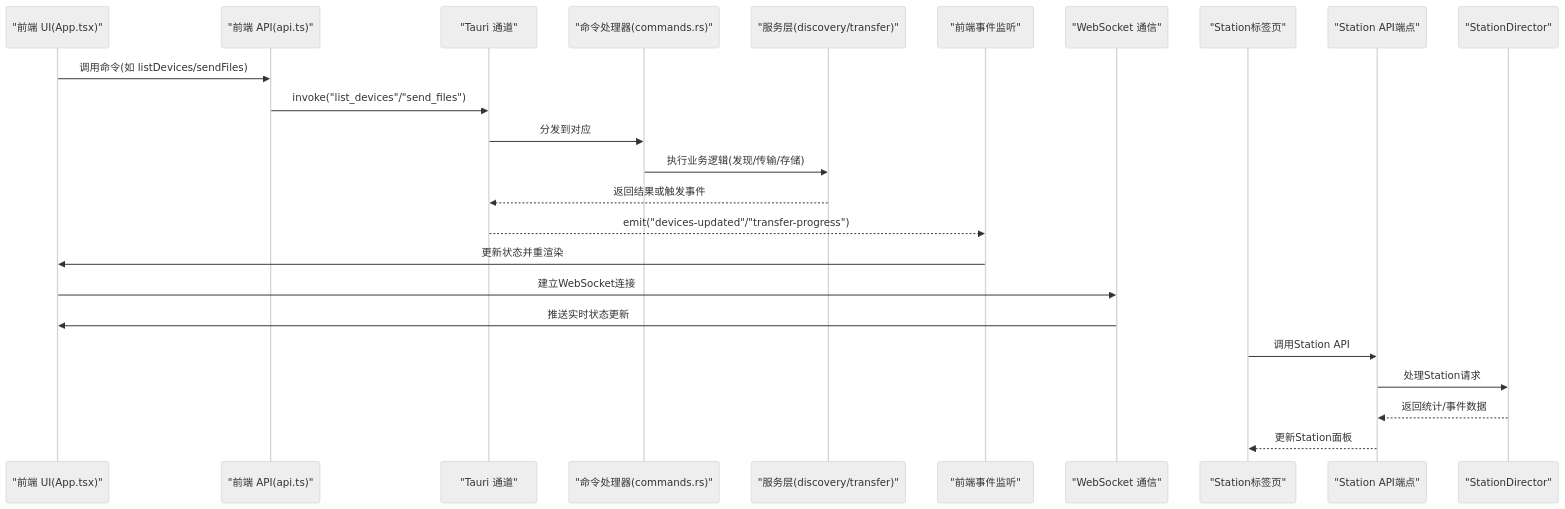
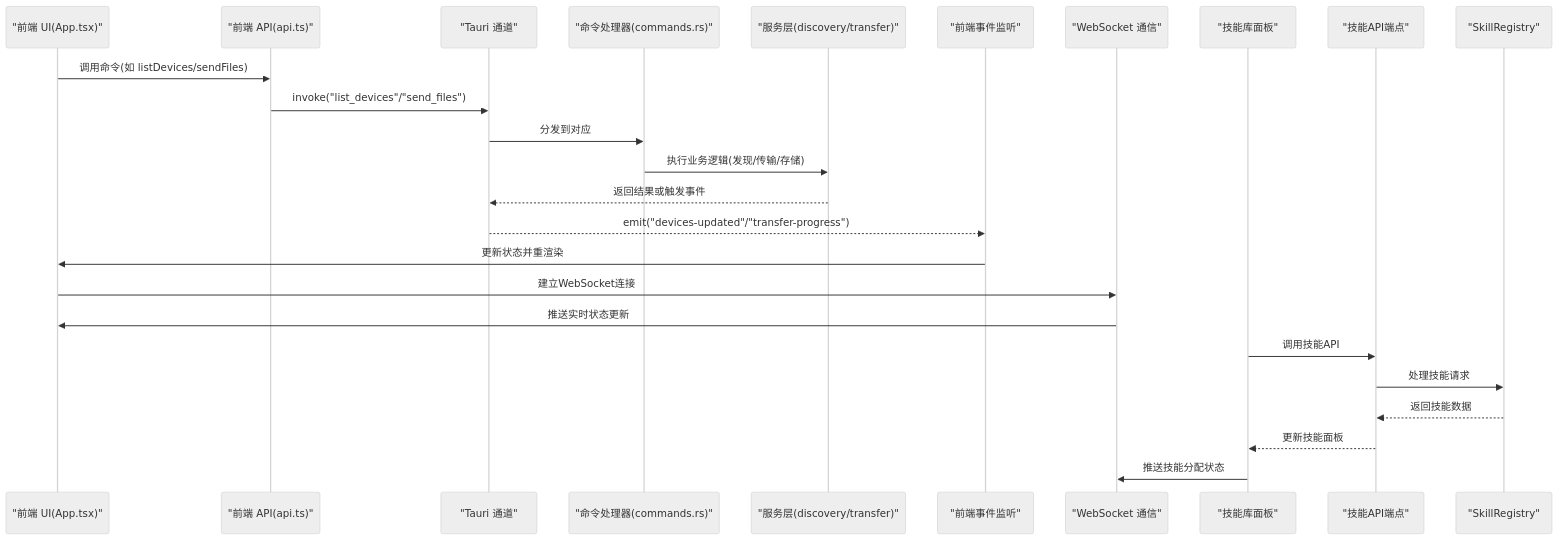
The second of 5 diagrams in .qoder/repowiki/zh/content/前端应用架构/前端应用架构.md (targalian/Personal-distributed-workstation), drawn with Mermaid (neutral theme) before and after one commit. The commit also changed other lines of this file and 92 other files, not shown here.

````diff
--- a/.qoder/repowiki/zh/content/前端应用架构/前端应用架构.md
+++ b/.qoder/repowiki/zh/content/前端应用架构/前端应用架构.md
@@ -185,26 +197,27 @@
 ```mermaid
 sequenceDiagram
 participant UI as "前端 UI(App.tsx)"
 participant API as "前端 API(api.ts)"
 participant Tauri as "Tauri 通道"
 participant Cmd as "命令处理器(commands.rs)"
 participant Svc as "服务层(discovery/transfer)"
 participant FEvt as "前端事件监听"
 participant WS as "WebSocket 通信"
-participant StationUI as "Station标签页"
-participant StationAPI as "Station API端点"
-participant StationDirector as "StationDirector"
+participant SkillsPanel as "技能库面板"
+participant SkillsAPI as "技能API端点"
+participant SkillRegistry as "SkillRegistry"
 UI->>API : 调用命令(如 listDevices/sendFiles)
 API->>Tauri : invoke("list_devices"/"send_files")
 Tauri->>Cmd : 分发到对应 #[tauri : : command]
 Cmd->>Svc : 执行业务逻辑(发现/传输/存储)
 Svc-->>Tauri : 返回结果或触发事件
 Tauri-->>FEvt : emit("devices-updated"/"transfer-progress")
 FEvt->>UI : 更新状态并重渲染
 UI->>WS : 建立WebSocket连接
 WS->>UI : 推送实时状态更新
-StationUI->>StationAPI : 调用Station API
-StationAPI->>StationDirector : 处理Station请求
-StationDirector-->>StationAPI : 返回统计/事件数据
-StationAPI-->>StationUI : 更新Station面板
+SkillsPanel->>SkillsAPI : 调用技能API
+SkillsAPI->>SkillRegistry : 处理技能请求
+SkillRegistry-->>SkillsAPI : 返回技能数据
+SkillsAPI-->>SkillsPanel : 更新技能面板
+SkillsPanel->>WS : 推送技能分配状态
 ```
````
